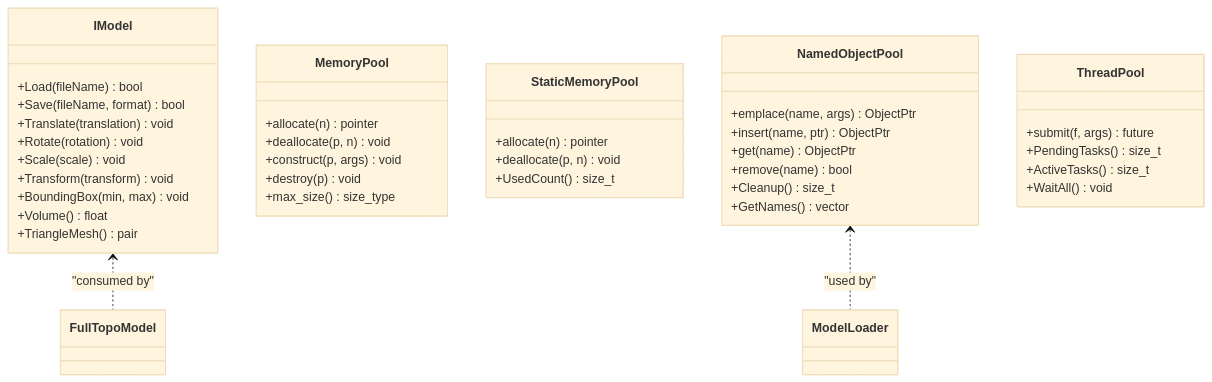
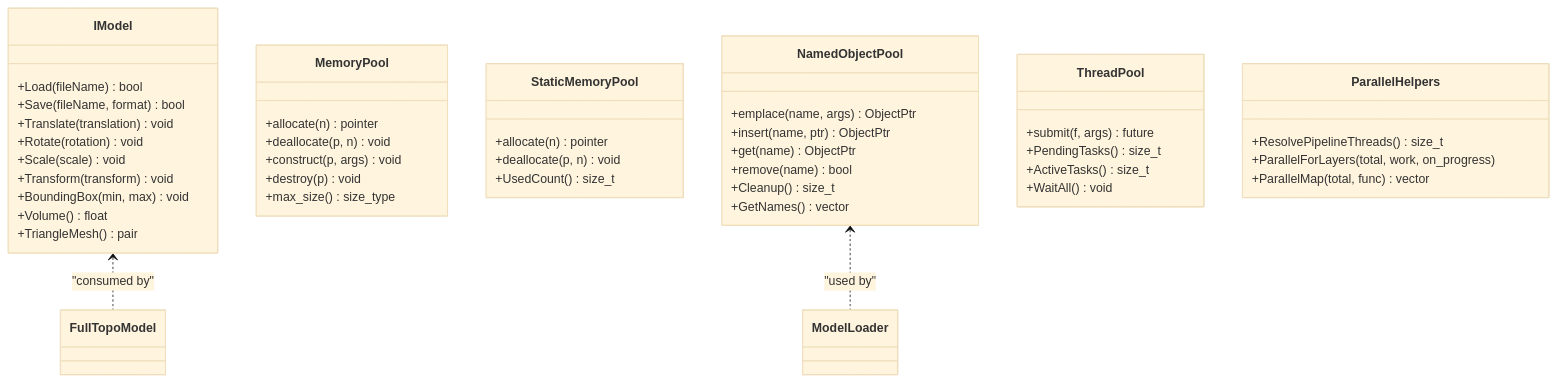
One commit to hsmbanlance/HsBaSlicer changed the third of 12 diagrams in .qoder/repowiki/en/content/Core Modules/Core Modules.md. Above: the diagram before and after it, drawn with Mermaid (base theme). The commit also changed other lines of this file and 101 other files, not shown here.

````diff
--- a/.qoder/repowiki/en/content/Core Modules/Core Modules.md
+++ b/.qoder/repowiki/en/content/Core Modules/Core Modules.md
@@ -190,42 +254,47 @@
 ```mermaid
 classDiagram
 class IModel {
 +Load(fileName) bool
 +Save(fileName, format) bool
 +Translate(translation) void
 +Rotate(rotation) void
 +Scale(scale) void
 +Transform(transform) void
 +BoundingBox(min, max) void
 +Volume() float
 +TriangleMesh() pair
 }
 class MemoryPool {
 +allocate(n) pointer
 +deallocate(p, n) void
 +construct(p, args) void
 +destroy(p) void
 +max_size() size_type
 }
 class StaticMemoryPool {
 +allocate(n) pointer
 +deallocate(p, n) void
 +UsedCount() size_t
 }
 class NamedObjectPool {
 +emplace(name, args) ObjectPtr
 +insert(name, ptr) ObjectPtr
 +get(name) ObjectPtr
 +remove(name) bool
 +Cleanup() size_t
 +GetNames() vector
 }
 class ThreadPool {
 +submit(f, args) future
 +PendingTasks() size_t
 +ActiveTasks() size_t
 +WaitAll() void
 }
+class ParallelHelpers {
++ResolvePipelineThreads() size_t
++ParallelForLayers(total, work, on_progress)
++ParallelMap(total, func) vector
+}
 IModel <.. FullTopoModel : "consumed by"
 NamedObjectPool <.. ModelLoader : "used by"
 ```
````
